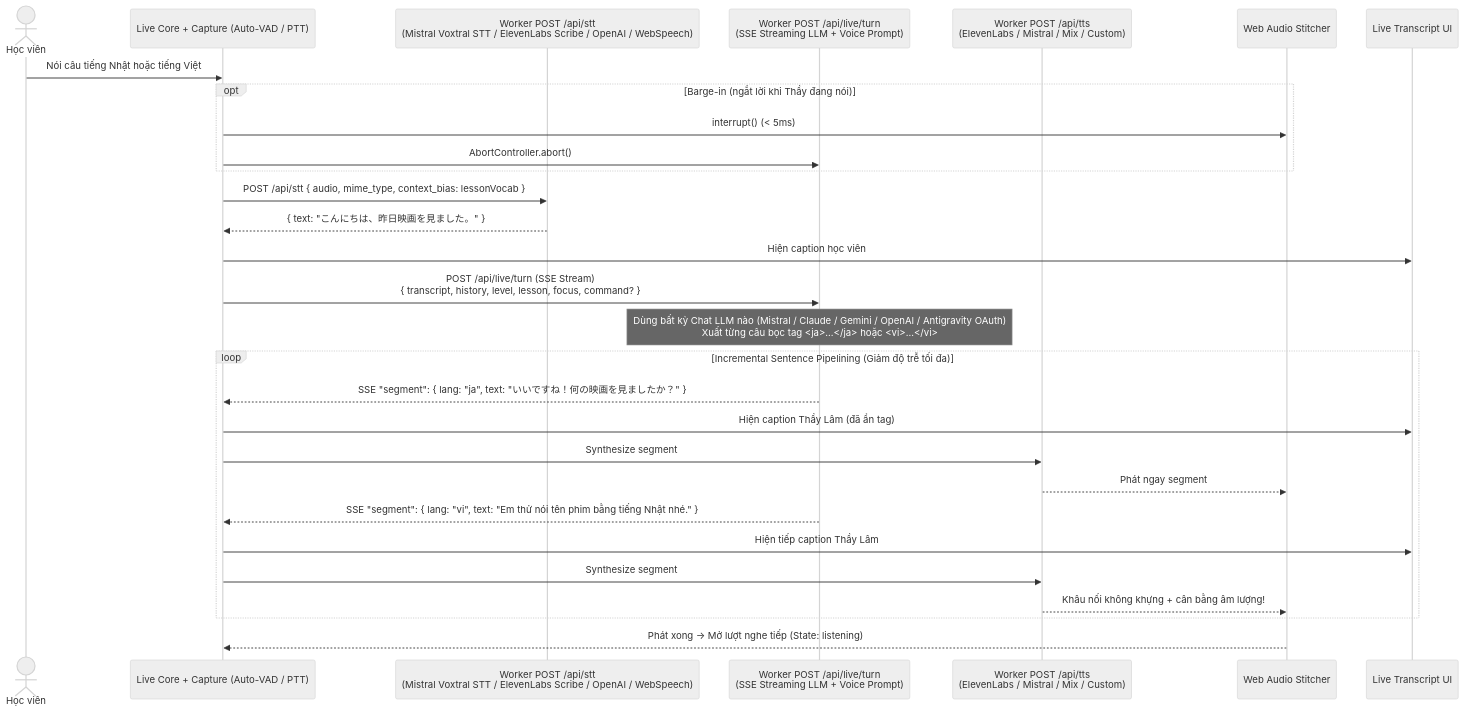
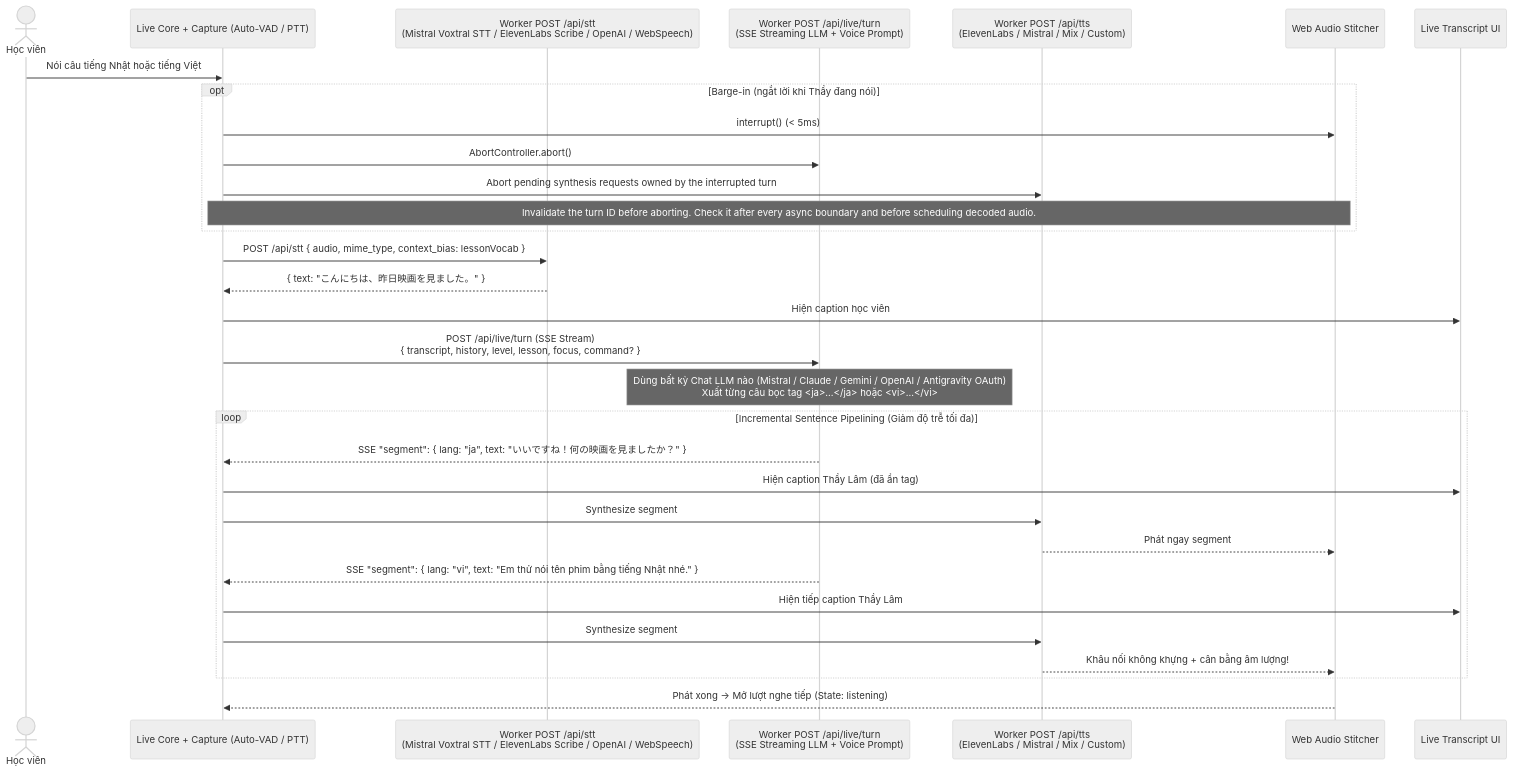
One commit to minhtri-bi/VJ_BOT changed the fifth of 5 diagrams in docs/VOICE_FRAMEWORK.md. Above: the diagram before and after it, drawn with Mermaid (neutral theme). The commit also changed other lines of this file and 10 other files, not shown here.

````diff
--- a/docs/VOICE_FRAMEWORK.md
+++ b/docs/VOICE_FRAMEWORK.md
@@ -213,35 +217,37 @@
 ```mermaid
 sequenceDiagram
     actor U as Học viên
     participant Core as Live Core + Capture (Auto-VAD / PTT)
     participant STT as Worker POST /api/stt<br/>(Mistral Voxtral STT / ElevenLabs Scribe / OpenAI / WebSpeech)
     participant Turn as Worker POST /api/live/turn<br/>(SSE Streaming LLM + Voice Prompt)
     participant TTS as Worker POST /api/tts<br/>(ElevenLabs / Mistral / Mix / Custom)
     participant Stitch as Web Audio Stitcher
     participant TL as Live Transcript UI
 
     U->>Core: Nói câu tiếng Nhật hoặc tiếng Việt
     opt Barge-in (ngắt lời khi Thầy đang nói)
         Core->>Stitch: interrupt() (< 5ms)
         Core->>Turn: AbortController.abort()
+        Core->>TTS: Abort pending synthesis requests owned by the interrupted turn
+        Note over Core,Stitch: Invalidate the turn ID before aborting. Check it after every async boundary and before scheduling decoded audio.
     end
     Core->>STT: POST /api/stt { audio, mime_type, context_bias: lessonVocab }
     STT-->>Core: { text: "こんにちは、昨日映画を見ました。" }
     Core->>TL: Hiện caption học viên
 
     Core->>Turn: POST /api/live/turn (SSE Stream)<br/>{ transcript, history, level, lesson, focus, command? }
     Note over Turn: Dùng bất kỳ Chat LLM nào (Mistral / Claude / Gemini / OpenAI / Antigravity OAuth)<br/>Xuất từng câu bọc tag <ja>...</ja> hoặc <vi>...</vi>
 
     loop Incremental Sentence Pipelining (Giảm độ trễ tối đa)
         Turn-->>Core: SSE "segment": { lang: "ja", text: "いいですね！何の映画を見ましたか？" }
         Core->>TL: Hiện caption Thầy Lâm (đã ẩn tag)
         Core->>TTS: Synthesize segment #1 -> Route sang Adapter JA (ElevenLabs/Mistral)
         TTS-->>Stitch: Phát ngay segment #1!
         Turn-->>Core: SSE "segment": { lang: "vi", text: "Em thử nói tên phim bằng tiếng Nhật nhé." }
         Core->>TL: Hiện tiếp caption Thầy Lâm
         Core->>TTS: Synthesize segment #2 -> Route sang Adapter VI
         TTS-->>Stitch: Khâu nối không khựng + cân bằng âm lượng!
     end
 
     Stitch-->>Core: Phát xong -> Mở lượt nghe tiếp (State: listening)
 ```
````
